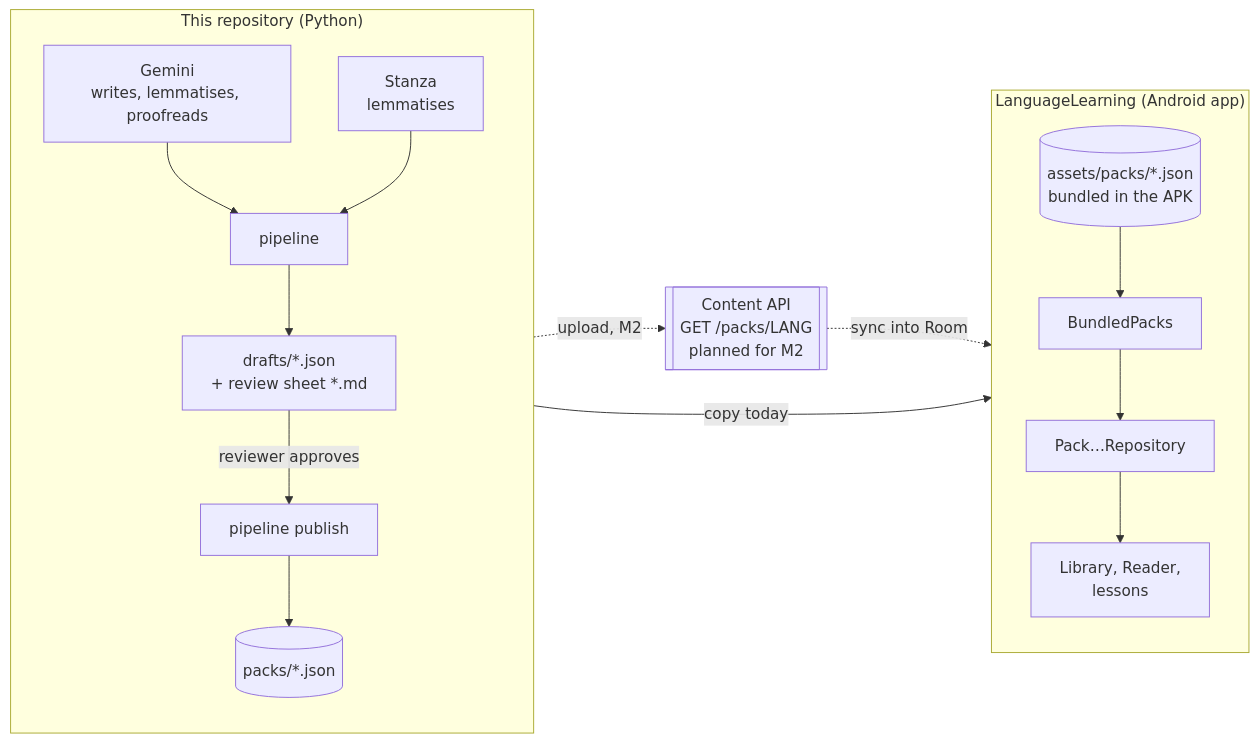
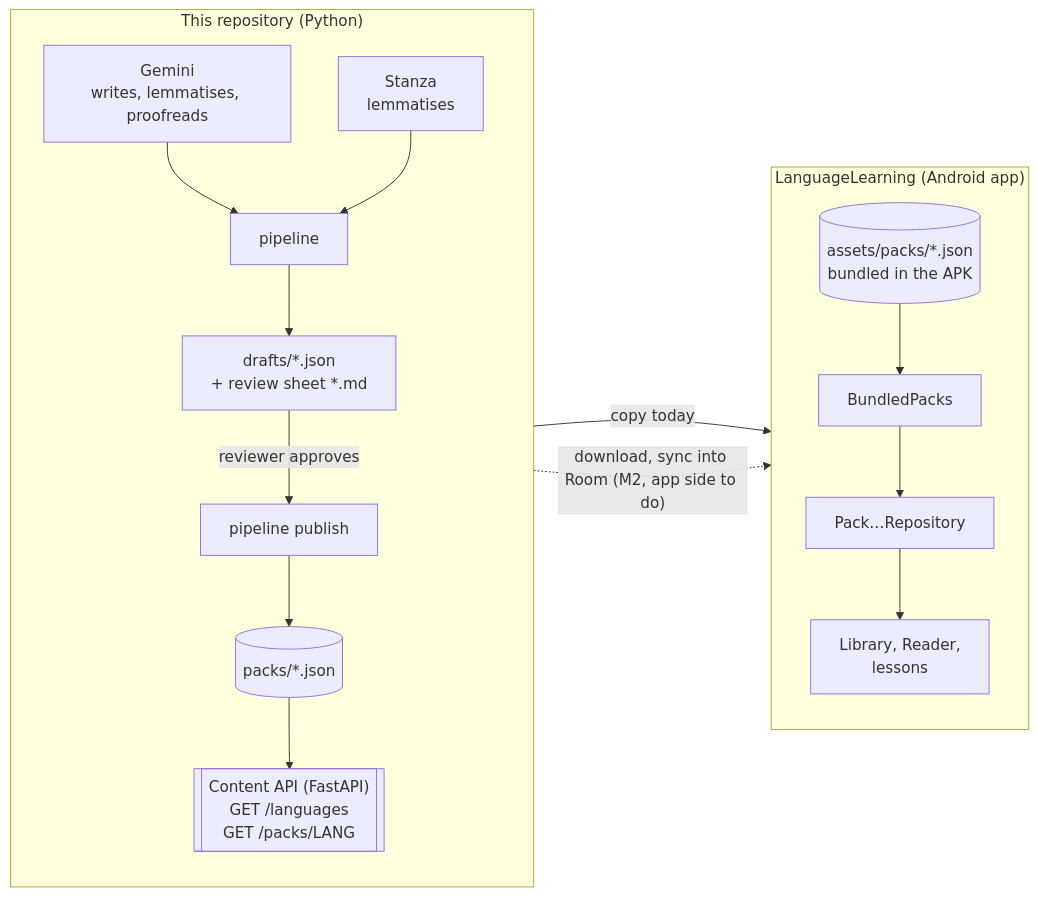
The first of 7 diagrams in README.md (Namularbre/LanguageLearningContentGeneration), drawn with Mermaid before and after one commit. The commit also changed other lines of this file and 6 other files, not shown here.

First line of the commit message:
Add the content API (FastAPI): /languages and /packs/{languageCode}

````diff
--- a/README.md
+++ b/README.md
@@ -23,21 +24,20 @@
 ```mermaid
 flowchart LR
     subgraph content["This repository (Python)"]
         direction TB
         G[Gemini<br/>writes, lemmatises, proofreads] --> P[pipeline]
         S[Stanza<br/>lemmatises] --> P
         P --> D[drafts/*.json<br/>+ review sheet *.md]
         D -->|reviewer approves| P2[pipeline publish]
         P2 --> K[(packs/*.json)]
+        K --> API[["Content API (FastAPI)<br/>GET /languages<br/>GET /packs/LANG"]]
     end
 
     subgraph app["LanguageLearning (Android app)"]
         direction TB
         A[(assets/packs/*.json<br/>bundled in the APK)] --> B[BundledPacks] --> R[Pack…Repository] --> UI[Library, Reader,<br/>lessons]
     end
 
-    API[["Content API<br/>GET /packs/LANG<br/>planned for M2"]]
-
     K -->|copy today| A
-    K -.->|upload, M2| API -.->|sync into Room| R
+    API -.->|"download, sync into Room (M2, app side to do)"| R
 ```
````
